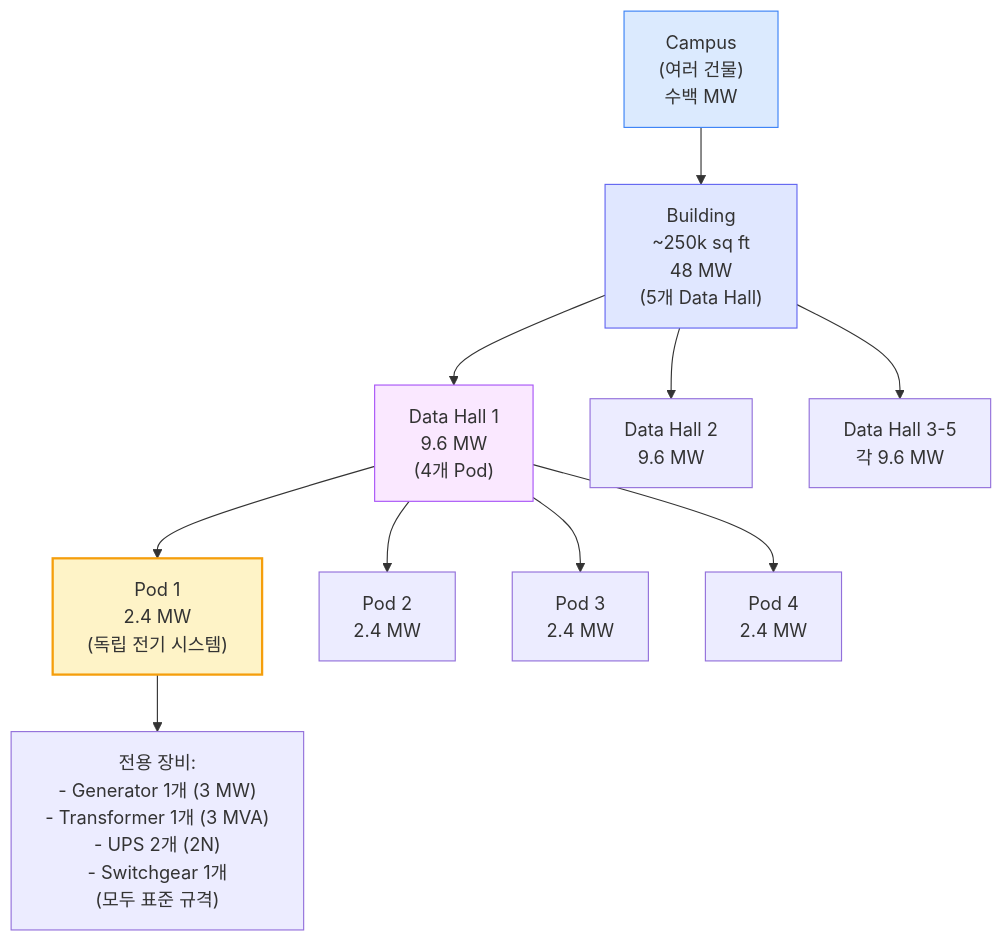
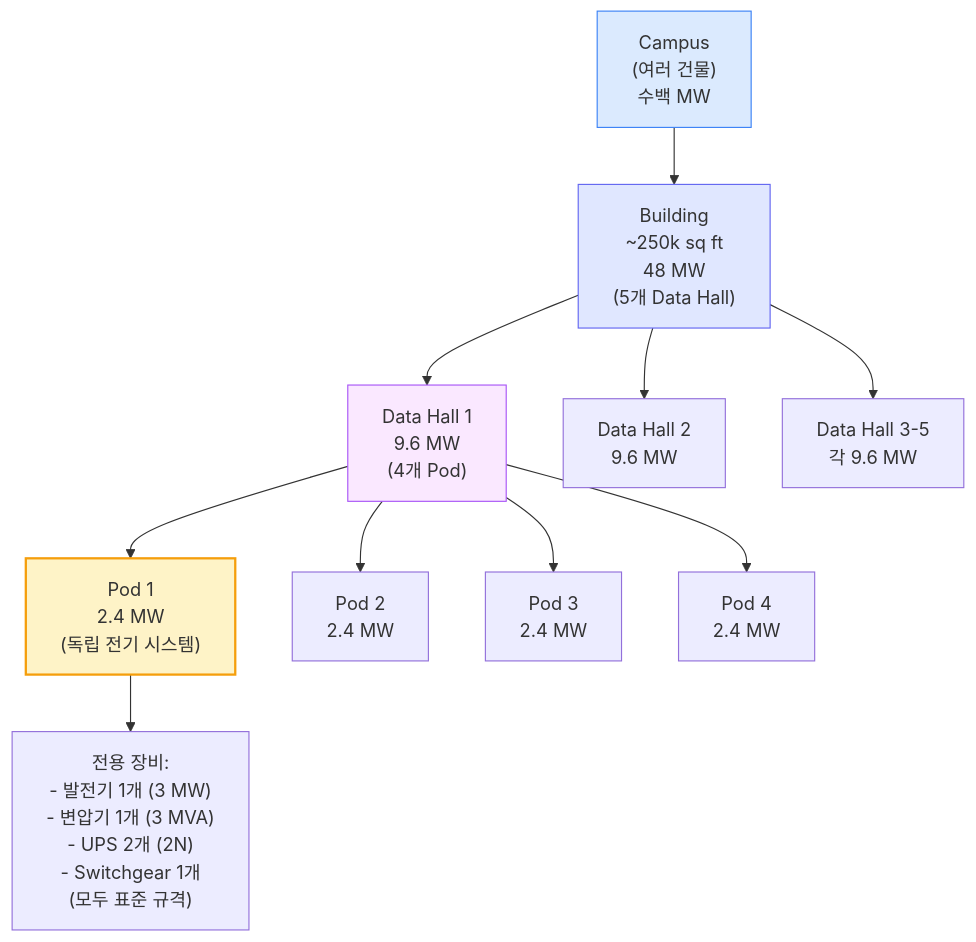
One commit to yohan4477/semi-report changed the ninth of 10 diagrams in 원본 해석/[2024-10-14] 데이터센터 해부학 Part 1 - 전기 시스템.md. Above: the diagram before and after it, drawn with Mermaid. The commit also changed other lines of this file, not shown here.

````diff
--- a/원본 해석/[2024-10-14] 데이터센터 해부학 Part 1 - 전기 시스템.md
+++ b/원본 해석/[2024-10-14] 데이터센터 해부학 Part 1 - 전기 시스템.md
@@ -431,20 +431,20 @@
 ```mermaid
 flowchart TD
     Campus["Campus<br/>(여러 건물)<br/>수백 MW"] --> Building["Building<br/>~250k sq ft<br/>48 MW<br/>(5개 Data Hall)"]
 
     Building --> Hall1["Data Hall 1<br/>9.6 MW<br/>(4개 Pod)"]
     Building --> Hall2["Data Hall 2<br/>9.6 MW"]
     Building --> Hall3["Data Hall 3-5<br/>각 9.6 MW"]
 
     Hall1 --> Pod1["Pod 1<br/>2.4 MW<br/>(독립 전기 시스템)"]
     Hall1 --> Pod2["Pod 2<br/>2.4 MW"]
     Hall1 --> Pod3["Pod 3<br/>2.4 MW"]
     Hall1 --> Pod4["Pod 4<br/>2.4 MW"]
 
-    Pod1 --> Equipment["전용 장비:<br/>- Generator 1개 (3 MW)<br/>- Transformer 1개 (3 MVA)<br/>- UPS 2개 (2N)<br/>- Switchgear 1개<br/>(모두 표준 규격)"]
+    Pod1 --> Equipment["전용 장비:<br/>- 발전기 1개 (3 MW)<br/>- 변압기 1개 (3 MVA)<br/>- UPS 2개 (2N)<br/>- Switchgear 1개<br/>(모두 표준 규격)"]
 
     style Campus fill:#dbeafe,stroke:#3b82f6
     style Building fill:#e0e7ff,stroke:#6366f1
     style Hall1 fill:#fae8ff,stroke:#a855f7
     style Pod1 fill:#fef3c7,stroke:#f59e0b,stroke-width:2px
 ```
````
